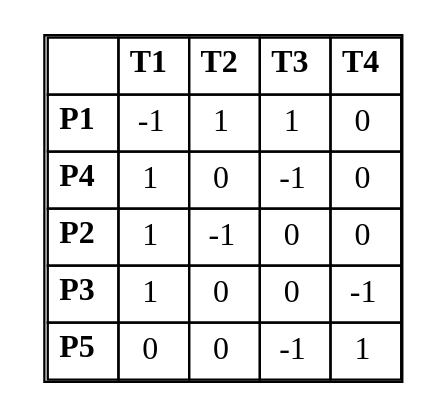
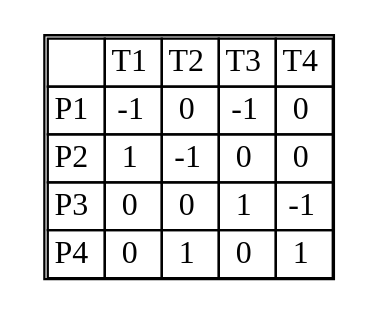
Before and after one commit to kimanh05/MHH-Petri-Nets: the diagram in visualization/incidence.dot, drawn with Graphviz. The commit also changed 13 other files, not shown here.

```diff
--- a/visualization/incidence.dot
+++ b/visualization/incidence.dot
@@ -1,13 +1,12 @@
 digraph Incidence {
     node [shape=plaintext];
     incidence_table [label=<
-    <table border="1" cellborder="1" cellspacing="0" cellpadding="4">
-      <tr><td></td><td><b>T1</b></td><td><b>T2</b></td><td><b>T3</b></td><td><b>T4</b></td></tr>
-      <tr><td><b>P1</b></td><td>-1</td><td>1</td><td>1</td><td>0</td></tr>
-      <tr><td><b>P4</b></td><td>1</td><td>0</td><td>-1</td><td>0</td></tr>
-      <tr><td><b>P2</b></td><td>1</td><td>-1</td><td>0</td><td>0</td></tr>
-      <tr><td><b>P3</b></td><td>1</td><td>0</td><td>0</td><td>-1</td></tr>
-      <tr><td><b>P5</b></td><td>0</td><td>0</td><td>-1</td><td>1</td></tr>
+    <table border='1' cellborder='1' cellspacing='0'>
+<tr><td></td><td>T1</td><td>T2</td><td>T3</td><td>T4</td></tr>
+<tr><td>P1</td><td>-1</td><td>0</td><td>-1</td><td>0</td></tr>
+<tr><td>P2</td><td>1</td><td>-1</td><td>0</td><td>0</td></tr>
+<tr><td>P3</td><td>0</td><td>0</td><td>1</td><td>-1</td></tr>
+<tr><td>P4</td><td>0</td><td>1</td><td>0</td><td>1</td></tr>
     </table>
     >];
 }
```
